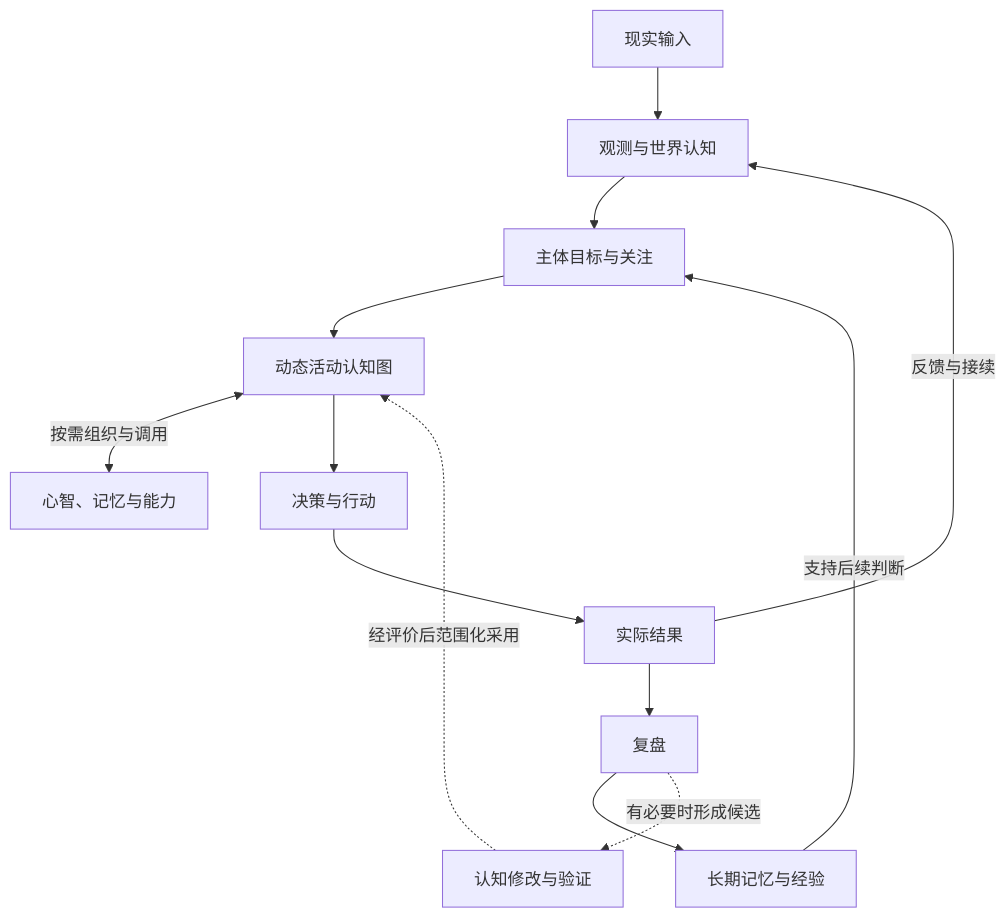
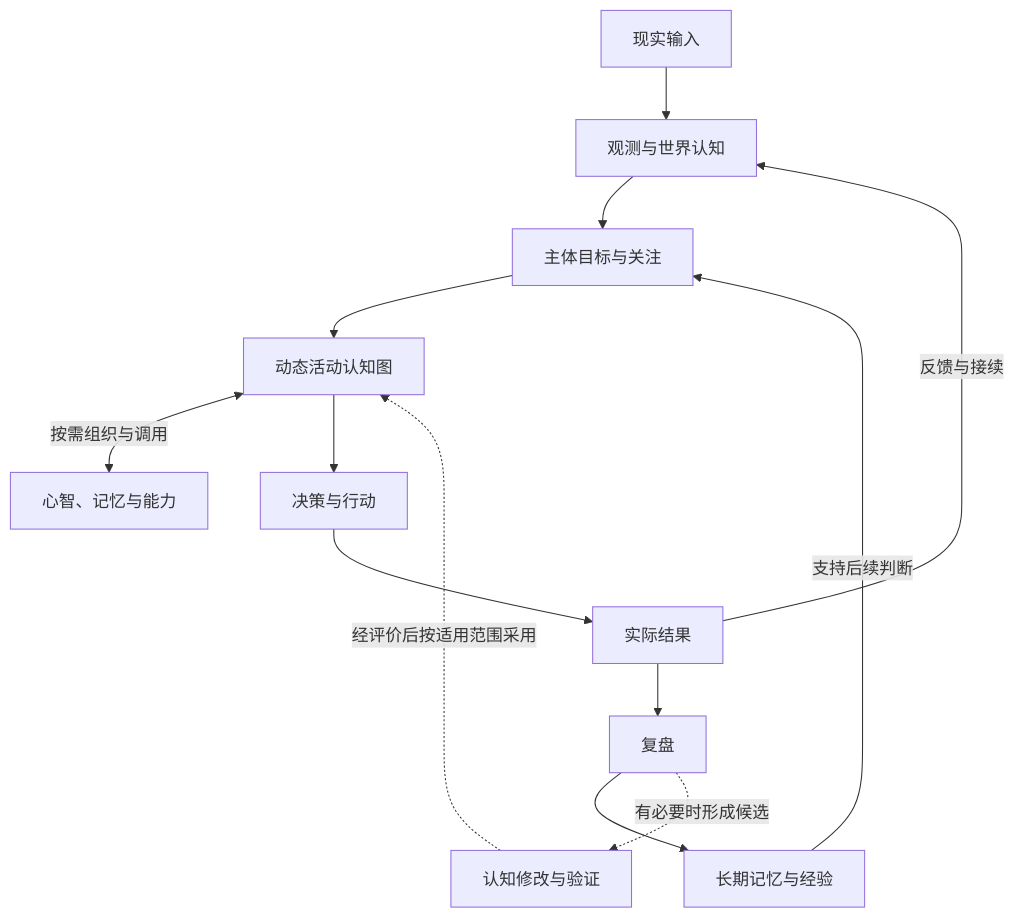
Before and after one commit to d7z-project/TinyAGI: the first of 13 diagrams in DESIGN.md, drawn with Mermaid. The commit also changed other lines of this file and 51 other files, not shown here.

````diff
--- a/DESIGN.md
+++ b/DESIGN.md
@@ -71,15 +71,15 @@
 ```mermaid
 flowchart TB
     Input["现实输入"] --> Observe["观测与世界认知"]
     Observe --> Goal["主体目标与关注"]
     Goal --> Activity["动态活动认知图"]
     Activity <-->|"按需组织与调用"| Support["心智、记忆与能力"]
     Activity --> Action["决策与行动"]
     Action --> Result["实际结果"]
     Result -->|"反馈与接续"| Observe
     Result --> Review["复盘"]
     Review --> Memory["长期记忆与经验"]
     Memory -->|"支持后续判断"| Goal
     Review -.->|"有必要时形成候选"| Change["认知修改与验证"]
-    Change -.->|"经评价后范围化采用"| Activity
+    Change -.->|"经评价后按适用范围采用"| Activity
 ```
````
